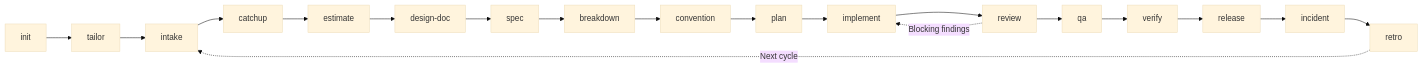
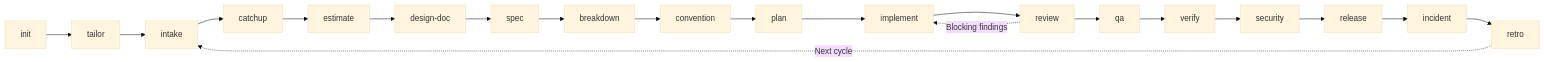
Before and after one commit to lamngockhuong/aiteamkit: the diagram in README.md, drawn with Mermaid (base theme). The commit also changed other lines of this file and 48 other files, not shown here.

````diff
--- a/README.md
+++ b/README.md
@@ -16,9 +16,9 @@
 ```mermaid
 flowchart LR
     I["init"] --> T["tailor"] --> IN["intake"] --> C["catchup"] --> E["estimate"]
     E --> D["design-doc"] --> SP["spec"] --> B["breakdown"] --> CV["convention"] --> P["plan"]
-    P --> IM["implement"] --> R["review"] --> Q["qa"] --> V["verify"] --> RL["release"]
+    P --> IM["implement"] --> R["review"] --> Q["qa"] --> V["verify"] --> S["security"] --> RL["release"]
     R -.->|Blocking findings| IM
     RL --> IC["incident"] --> RT["retro"]
     RT -.->|Next cycle| IN
 ```
````
